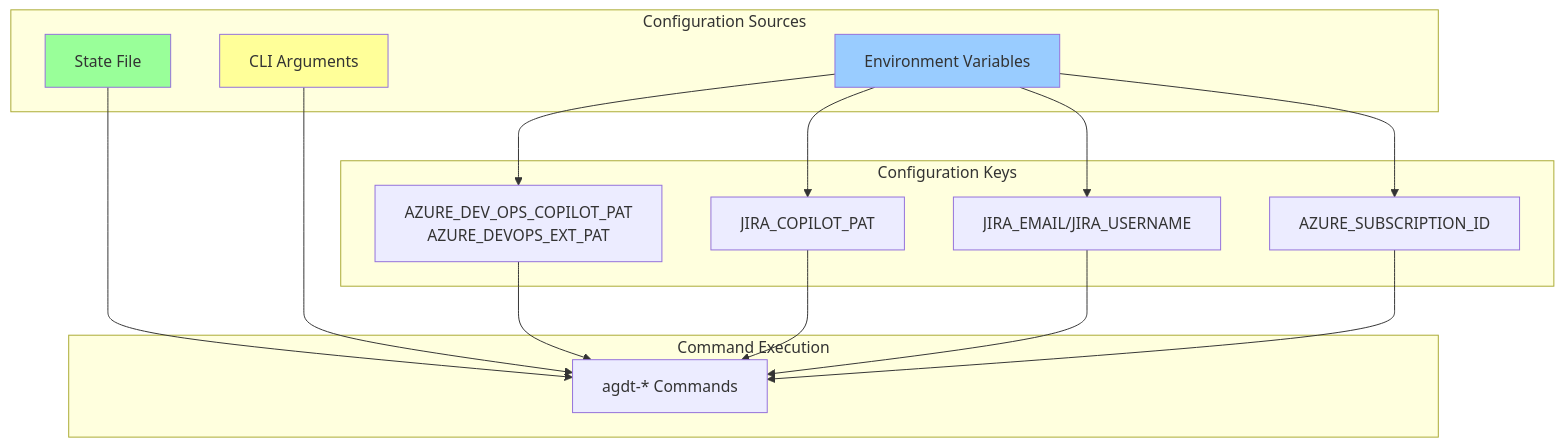
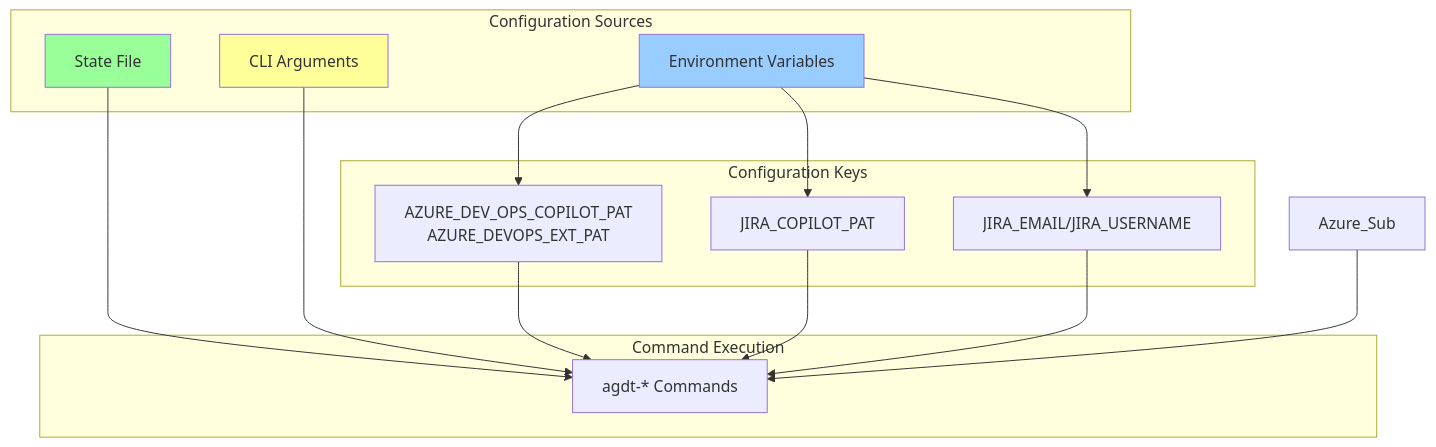
One commit to ayaiayorg/agentic-devtools changed the seventh of 10 diagrams in docs/07-deployment-view.md. Above: the diagram before and after it, drawn with Mermaid. The commit also changed other lines of this file and 5 other files, not shown here.

First line of the commit message:
docs: fix command names, task IDs, class diagrams, and remove AZURE_SUBSCRIPTION_ID

````diff
--- a/docs/07-deployment-view.md
+++ b/docs/07-deployment-view.md
@@ -248,36 +248,34 @@
 ```mermaid
 graph TB
     subgraph "Configuration Sources"
         EnvVars[Environment Variables]
         StateFile[State File]
         CLI[CLI Arguments]
     end
     
     subgraph "Configuration Keys"
         ADO_PAT[AZURE_DEV_OPS_COPILOT_PAT<br/>AZURE_DEVOPS_EXT_PAT]
         Jira_Token[JIRA_COPILOT_PAT]
         Jira_Email[JIRA_EMAIL/JIRA_USERNAME]
-        Azure_Sub[AZURE_SUBSCRIPTION_ID]
     end
     
     subgraph "Command Execution"
         Commands[agdt-* Commands]
     end
     
     EnvVars --> ADO_PAT
     EnvVars --> Jira_Token
     EnvVars --> Jira_Email
-    EnvVars --> Azure_Sub
     
     StateFile --> Commands
     CLI --> Commands
     
     ADO_PAT --> Commands
     Jira_Token --> Commands
     Jira_Email --> Commands
     Azure_Sub --> Commands
     
     style EnvVars fill:#9cf
     style StateFile fill:#9f9
     style CLI fill:#ff9
 ```
````
